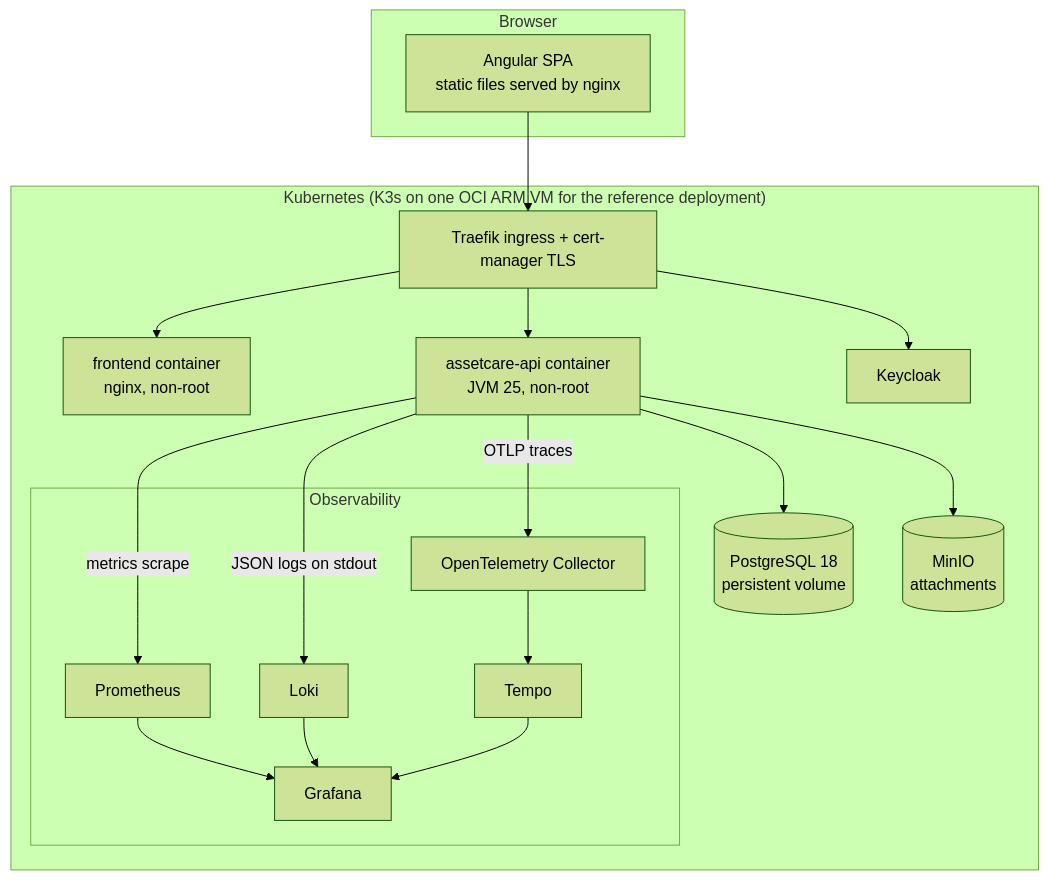
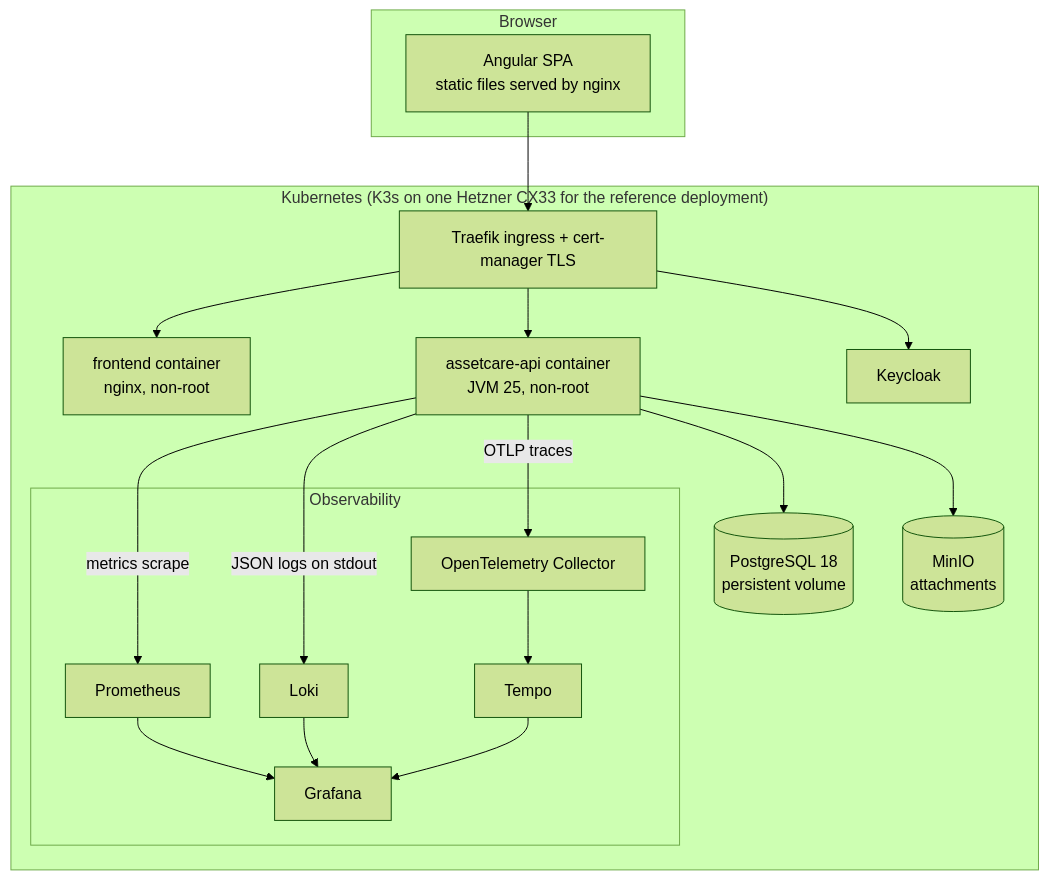
The second of 5 diagrams in docs/architecture/ARCHITECTURE.md (Janaka2/spring-angular-production-blueprint), drawn with Mermaid (forest theme) before and after one commit. The commit also changed other lines of this file and 26 other files, not shown here.

````diff
--- a/docs/architecture/ARCHITECTURE.md
+++ b/docs/architecture/ARCHITECTURE.md
@@ -25,33 +25,33 @@
 ```mermaid
 flowchart TB
     subgraph Browser
         SPA[Angular SPA<br/>static files served by nginx]
     end
-    subgraph Kubernetes["Kubernetes (K3s on one OCI ARM VM for the reference deployment)"]
+    subgraph Kubernetes["Kubernetes (K3s on one Hetzner CX33 for the reference deployment)"]
         ING[Traefik ingress + cert-manager TLS]
         FE[frontend container<br/>nginx, non-root]
         API[assetcare-api container<br/>JVM 25, non-root]
         KC[Keycloak]
         PG[(PostgreSQL 18<br/>persistent volume)]
         MINIO[(MinIO<br/>attachments)]
         subgraph Observability
             OTEL[OpenTelemetry Collector]
             PROM[Prometheus]
             LOKI[Loki]
             TEMPO[Tempo]
             GRAF[Grafana]
         end
     end
     SPA --> ING
     ING --> FE
     ING --> API
     ING --> KC
     API --> PG
     API --> MINIO
     API -->|metrics scrape| PROM
     API -->|OTLP traces| OTEL --> TEMPO
     API -->|JSON logs on stdout| LOKI
     PROM --> GRAF
     LOKI --> GRAF
     TEMPO --> GRAF
 ```
````
